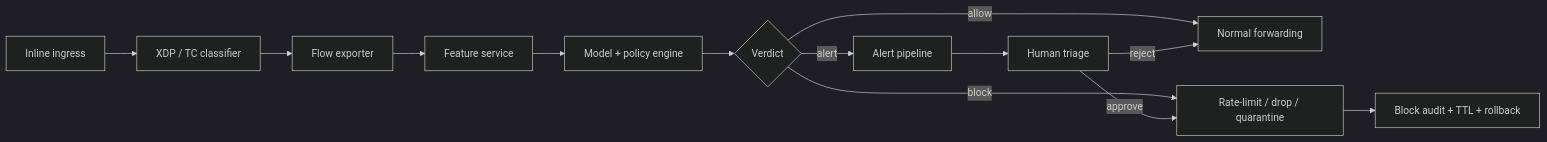
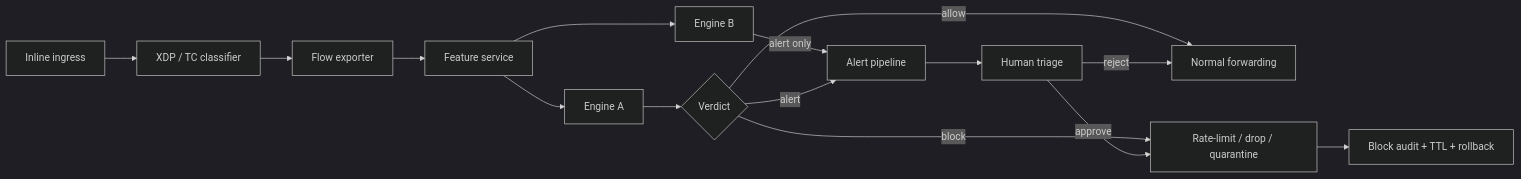
The third of 4 diagrams in docs/IDS_IPS_ROADMAP.md (coderv1304/network-anomaly-detection), drawn with Mermaid (dark theme) before and after one commit. The commit also changed other lines of this file and 7 other files, not shown here.

First line of the commit message:
feat: add scoped P2B comparison and neural hybrid roadmap

````diff
--- a/docs/IDS_IPS_ROADMAP.md
+++ b/docs/IDS_IPS_ROADMAP.md
@@ -152,15 +178,17 @@
 ```mermaid
 flowchart LR
     I[Inline ingress] --> X[XDP / TC classifier]
     X --> F[Flow exporter]
     F --> P[Feature service]
-    P --> M[Model + policy engine]
-    M --> V{Verdict}
+    P --> A[Engine A]
+    P --> B[Engine B]
+    A --> V{Verdict}
+    B -->|alert only| AL[Alert pipeline]
     V -->|allow| N[Normal forwarding]
-    V -->|alert| A[Alert pipeline]
-    V -->|block| B[Rate-limit / drop / quarantine]
-    B --> L[Block audit + TTL + rollback]
-    A --> Q[Human triage]
-    Q -->|approve| B
+    V -->|alert| AL
+    V -->|block| BL[Rate-limit / drop / quarantine]
+    BL --> AU[Block audit + TTL + rollback]
+    AL --> Q[Human triage]
+    Q -->|approve| BL
     Q -->|reject| N
 ```
````
